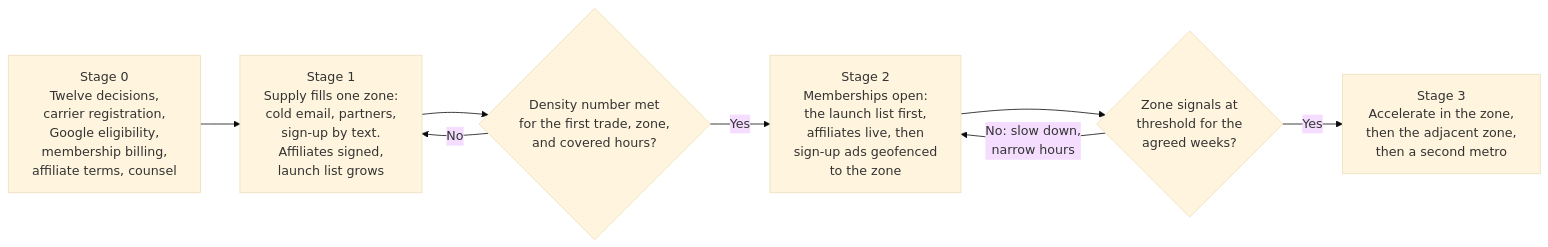
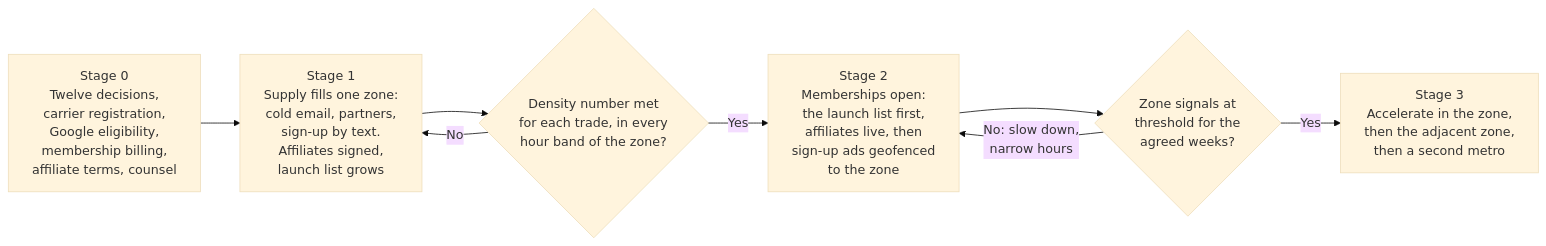
The fourth of 9 diagrams in README.md (Saasrelaunchdev/SOSSMSGTMBrain), drawn with Mermaid (base theme) before and after one commit. The commit also changed other lines of this file and 63 other files, not shown here.

````diff
--- a/README.md
+++ b/README.md
@@ -200,10 +200,10 @@
 ```mermaid
 flowchart LR
     A["Stage 0<br/>Twelve decisions,<br/>carrier registration,<br/>Google eligibility,<br/>membership billing,<br/>affiliate terms, counsel"] --> B["Stage 1<br/>Supply fills one zone:<br/>cold email, partners,<br/>sign-up by text.<br/>Affiliates signed,<br/>launch list grows"]
-    B --> G1{"Density number met<br/>for the first trade, zone,<br/>and covered hours?"}
+    B --> G1{"Density number met<br/>for each trade, in every<br/>hour band of the zone?"}
     G1 -->|"No"| B
     G1 -->|"Yes"| C["Stage 2<br/>Memberships open:<br/>the launch list first,<br/>affiliates live, then<br/>sign-up ads geofenced<br/>to the zone"]
     C --> G2{"Zone signals at<br/>threshold for the<br/>agreed weeks?"}
     G2 -->|"No: slow down,<br/>narrow hours"| C
     G2 -->|"Yes"| D["Stage 3<br/>Accelerate in the zone,<br/>then the adjacent zone,<br/>then a second metro"]
 ```
````
